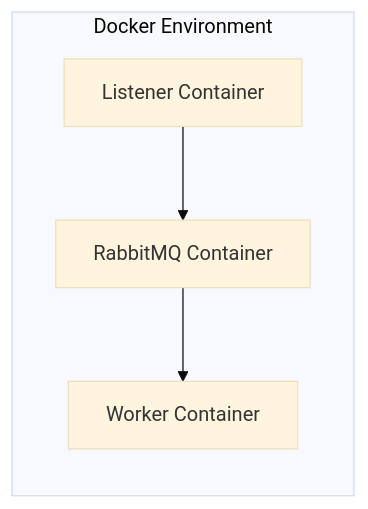
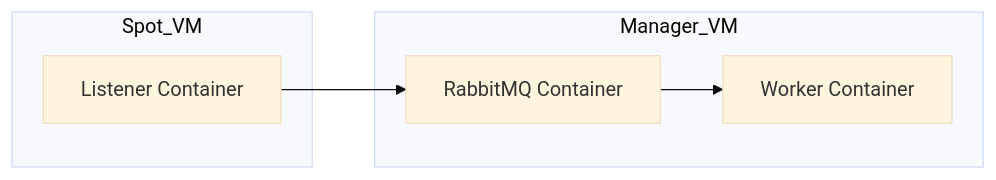
One commit to pijus3002/spot_phoenix changed the third of 3 diagrams in README.md. Above: the diagram before and after it, drawn with Mermaid (base theme). The commit also changed other lines of this file, not shown here.

````diff
--- a/README.md
+++ b/README.md
@@ -111,14 +124,19 @@
 ```mermaid
 graph LR
 
-    subgraph Docker Environment
+    subgraph Spot_VM
 
         A[Listener Container]
+
+    end
+
+    subgraph Manager_VM
+
         B[RabbitMQ Container]
         C[Worker Container]
 
     end
 
     A --> B
     B --> C
 ```
````
